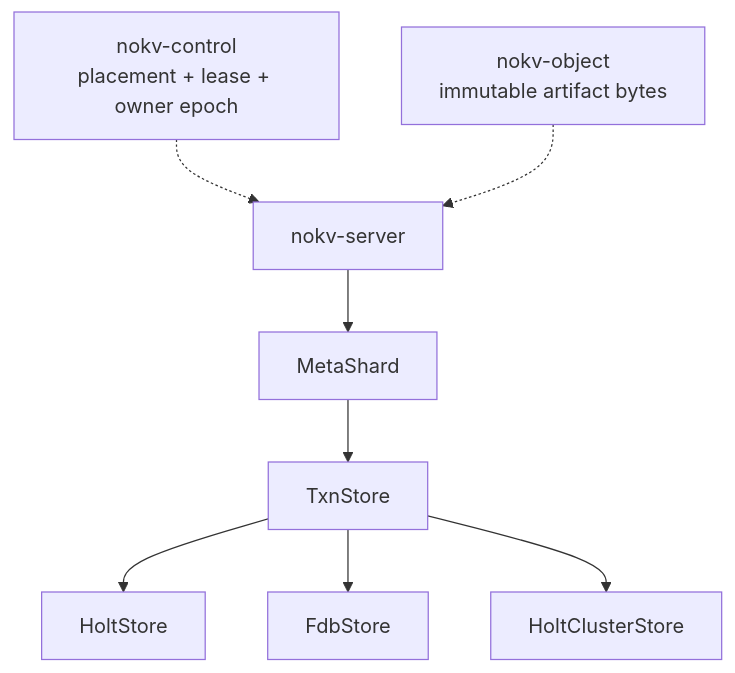
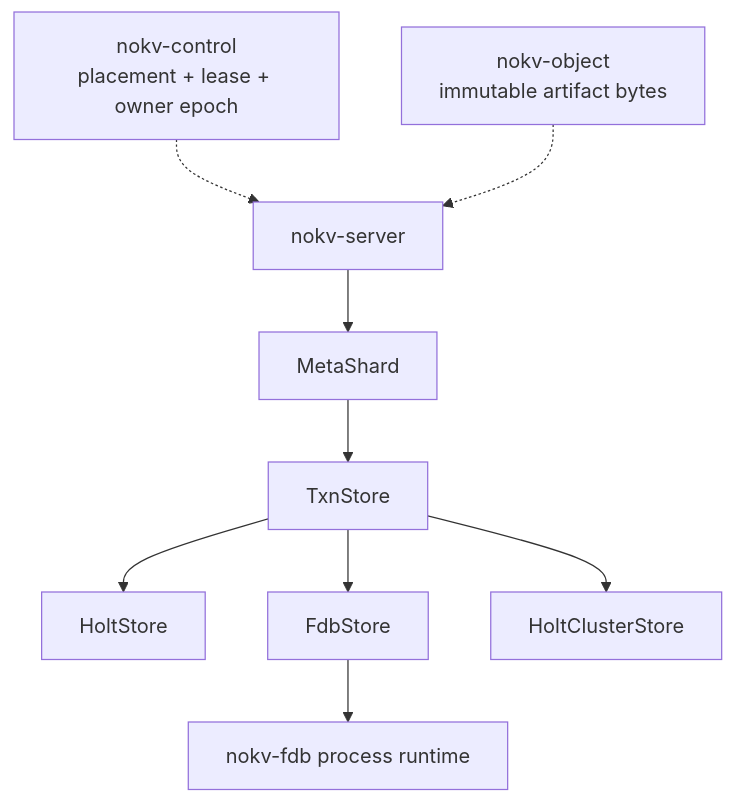
One commit to NoKV-Lab/NoKV changed the first of 2 diagrams in docs/development/metadata-store-interface.md. Above: the diagram before and after it, drawn with Mermaid. The commit also changed other lines of this file and 23 other files, not shown here.

Commit message:
refactor: share the fdb process runtime

````diff
--- a/docs/development/metadata-store-interface.md
+++ b/docs/development/metadata-store-interface.md
@@ -79,11 +85,12 @@
 ```mermaid
 flowchart TB
     Server["nokv-server"] --> Meta["MetaShard"]
     Meta --> Store["TxnStore"]
     Store --> Holt["HoltStore"]
     Store --> Fdb["FdbStore"]
+    Fdb --> FdbRuntime["nokv-fdb process runtime"]
     Store --> Cluster["HoltClusterStore"]
 
     Control["nokv-control<br/>placement + lease + owner epoch"] -.-> Server
     Object["nokv-object<br/>immutable artifact bytes"] -.-> Server
 ```
````
